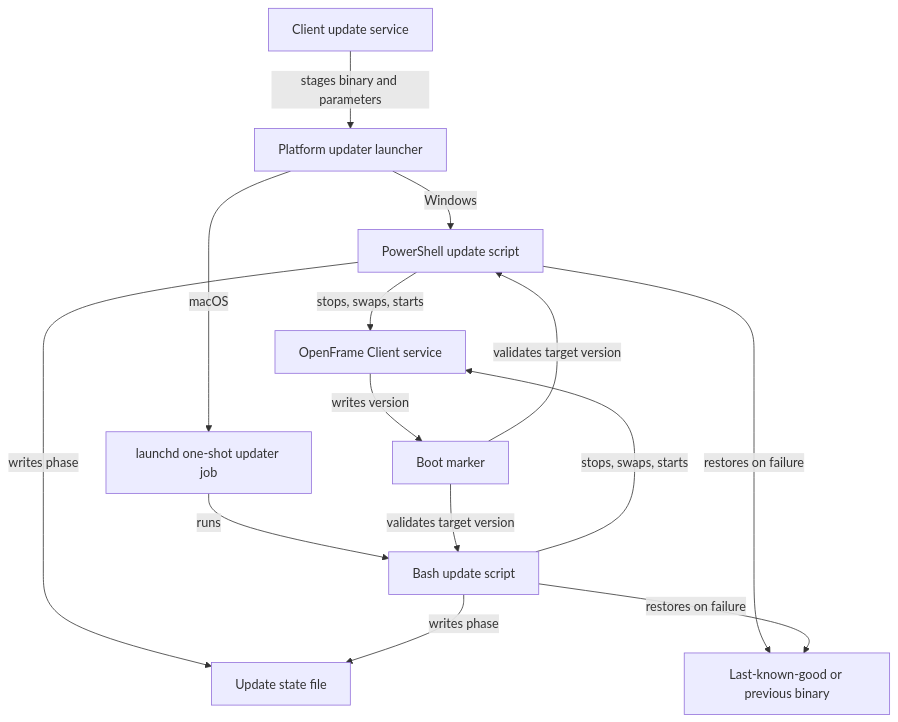
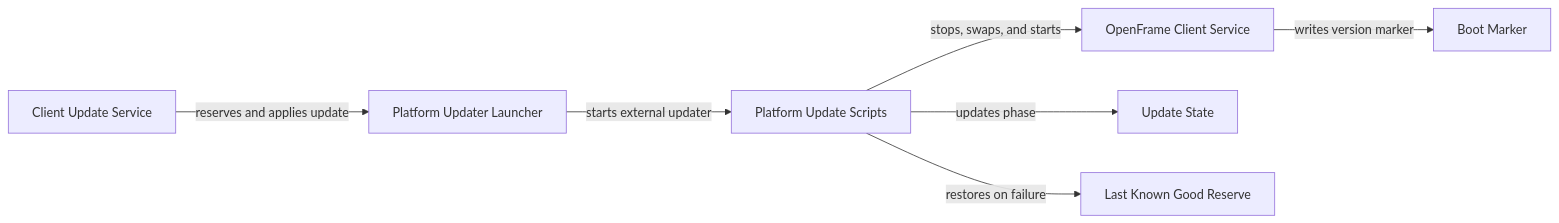
Before and after one commit to flamingo-stack/openframe-oss-tenant: the first of 2 diagrams in docs/reference/architecture/openframe-client-core/platform-update-scripts/platform-update-scripts.md, drawn with Mermaid. The commit also changed other lines of this file and 2377 other files, not shown here.

````diff
--- a/docs/reference/architecture/openframe-client-core/platform-update-scripts/platform-update-scripts.md
+++ b/docs/reference/architecture/openframe-client-core/platform-update-scripts/platform-update-scripts.md
@@ -18,16 +11,9 @@
 ```mermaid
-flowchart TD
-    UpdateService["Client update service"] -->|"stages binary and parameters"| Launcher["Platform updater launcher"]
-    Launcher -->|"Windows"| WindowsScript["PowerShell update script"]
-    Launcher -->|"macOS"| MacJob["launchd one-shot updater job"]
-    MacJob -->|"runs"| MacScript["Bash update script"]
-    WindowsScript -->|"stops, swaps, starts"| ClientService["OpenFrame Client service"]
-    MacScript -->|"stops, swaps, starts"| ClientService
-    WindowsScript -->|"writes phase"| UpdateState["Update state file"]
-    MacScript -->|"writes phase"| UpdateState
-    ClientService -->|"writes version"| BootMarker["Boot marker"]
-    BootMarker -->|"validates target version"| WindowsScript
-    BootMarker -->|"validates target version"| MacScript
-    WindowsScript -->|"restores on failure"| Reserve["Last-known-good or previous binary"]
-    MacScript -->|"restores on failure"| Reserve
+flowchart LR
+    UpdateService["Client Update Service"] -->|"reserves and applies update"| Launcher["Platform Updater Launcher"]
+    Launcher -->|"starts external updater"| Scripts["Platform Update Scripts"]
+    Scripts -->|"stops, swaps, and starts"| ClientService["OpenFrame Client Service"]
+    ClientService -->|"writes version marker"| BootMarker["Boot Marker"]
+    Scripts -->|"updates phase"| UpdateState["Update State"]
+    Scripts -->|"restores on failure"| Reserve["Last Known Good Reserve"]
 ```
````
